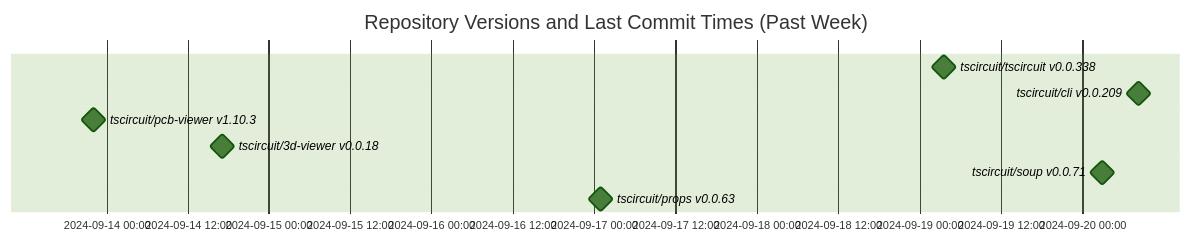
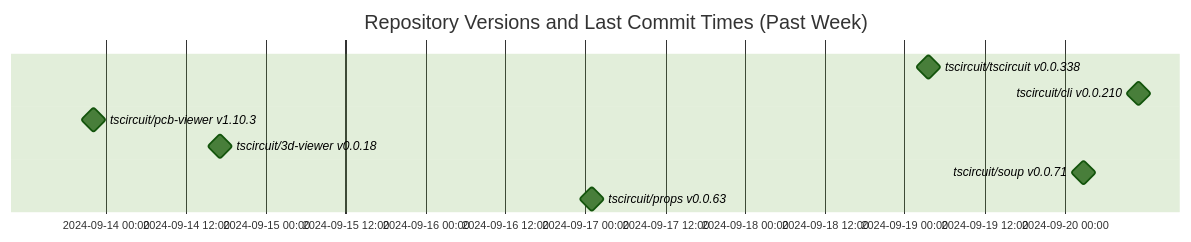
One commit to tscircuit/version-tracker changed the diagram in README.md. Above: the diagram before and after it, drawn with Mermaid (forest theme).

Commit message:
Update chart

````diff
--- a/README.md
+++ b/README.md
@@ -1,13 +1,13 @@
 ```mermaid
 gantt
   dateFormat  YYYY-MM-DD HH:mm:ss
   title Repository Versions and Last Commit Times (Past Week)
   axisFormat %Y-%m-%d %H:%M
 
   tscircuit/tscircuit v0.0.338 : milestone, 2024-09-19 03:33:35, 1s
-  tscircuit/cli v0.0.209 : milestone, 2024-09-20 08:18:41, 1s
+  tscircuit/cli v0.0.210 : milestone, 2024-09-20 11:07:47, 1s
   tscircuit/pcb-viewer v1.10.3 : milestone, 2024-09-13 22:06:50, 1s
   tscircuit/3d-viewer v0.0.18 : milestone, 2024-09-14 17:06:37, 1s
   tscircuit/soup v0.0.71 : milestone, 2024-09-20 02:53:35, 1s
   tscircuit/props v0.0.63 : milestone, 2024-09-17 00:58:09, 1s
 ```
````
